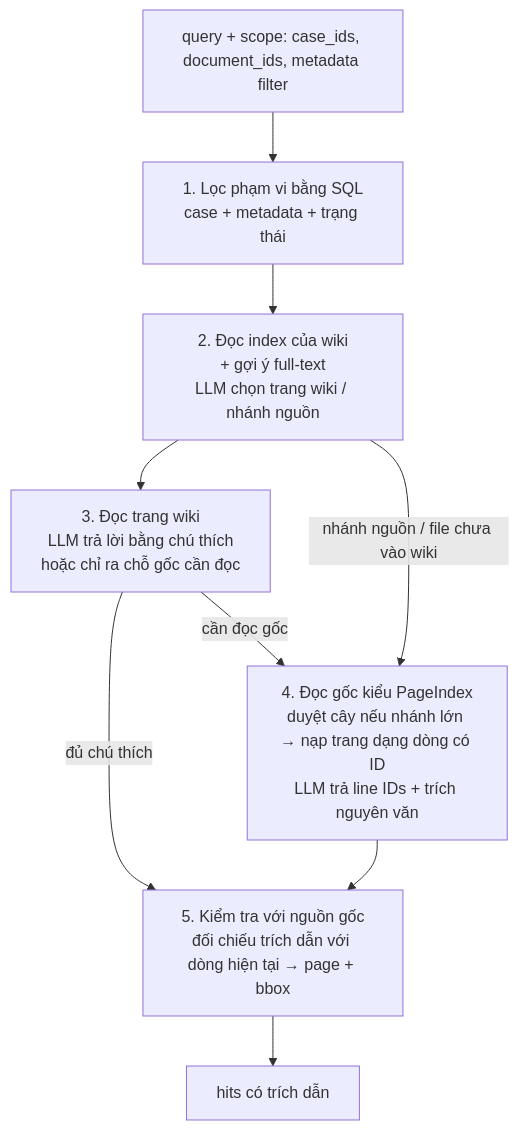
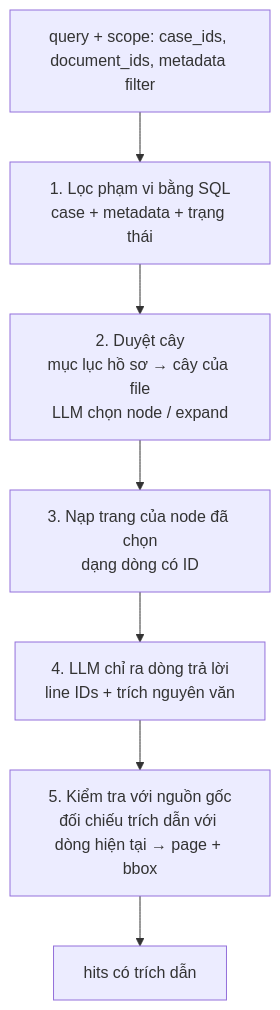
The fourth of 4 diagrams in spec/spec.md (thanhbgtnut/bepaylot), drawn with Mermaid before and after one commit. The commit also changed other lines of this file and 104 other files, not shown here.

Commit message:
remove wiki and graph

````diff
--- a/spec/spec.md
+++ b/spec/spec.md
@@ -1153,11 +1034,9 @@
 ```mermaid
 flowchart TD
   Q[query + scope: case_ids, document_ids, metadata filter] --> S1[1. Lọc phạm vi bằng SQL<br/>case + metadata + trạng thái]
-  S1 --> S2[2. Đọc index của wiki<br/>+ gợi ý full-text<br/>LLM chọn trang wiki / nhánh nguồn]
-  S2 --> S3[3. Đọc trang wiki<br/>LLM trả lời bằng chú thích<br/>hoặc chỉ ra chỗ gốc cần đọc]
-  S3 -->|đủ chú thích| S5
-  S3 -->|cần đọc gốc| S4[4. Đọc gốc kiểu PageIndex<br/>duyệt cây nếu nhánh lớn → nạp trang dạng dòng có ID<br/>LLM trả line IDs + trích nguyên văn]
-  S2 -->|nhánh nguồn / file chưa vào wiki| S4
+  S1 --> S2[2. Duyệt cây<br/>mục lục hồ sơ → cây của file<br/>LLM chọn node / expand]
+  S2 --> S3[3. Nạp trang của node đã chọn<br/>dạng dòng có ID]
+  S3 --> S4[4. LLM chỉ ra dòng trả lời<br/>line IDs + trích nguyên văn]
   S4 --> S5[5. Kiểm tra với nguồn gốc<br/>đối chiếu trích dẫn với dòng hiện tại → page + bbox]
   S5 --> R[hits có trích dẫn]
 ```
````
